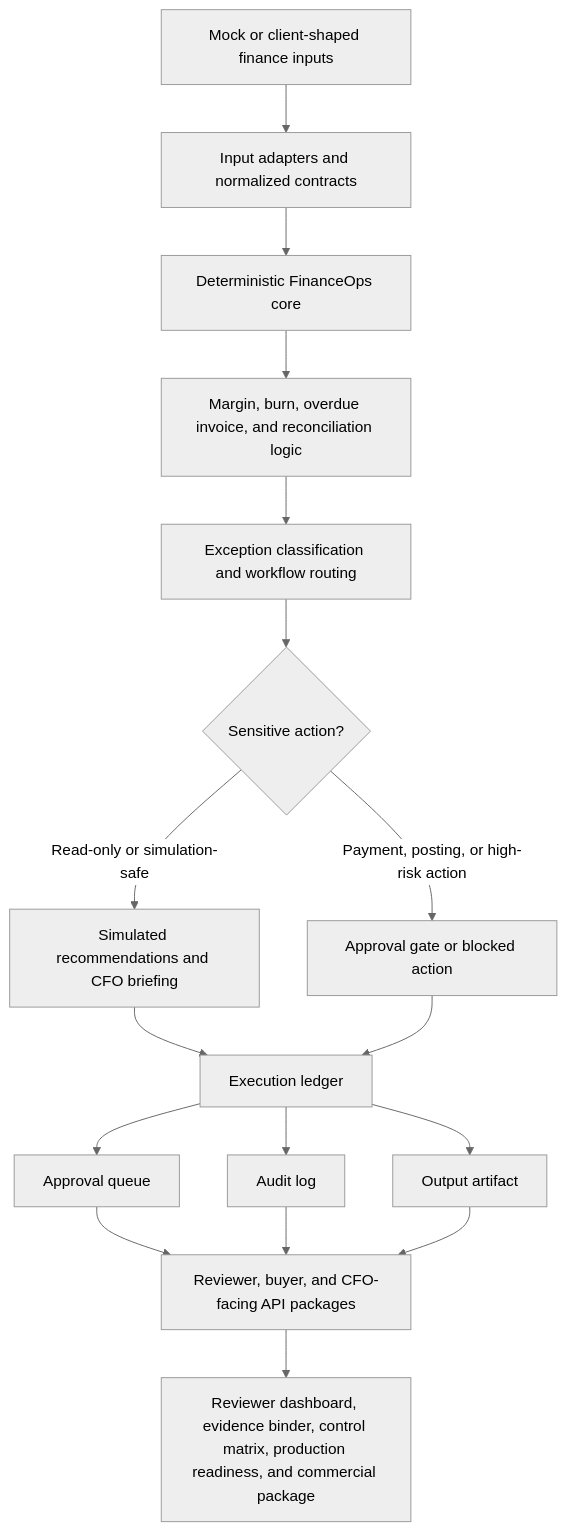
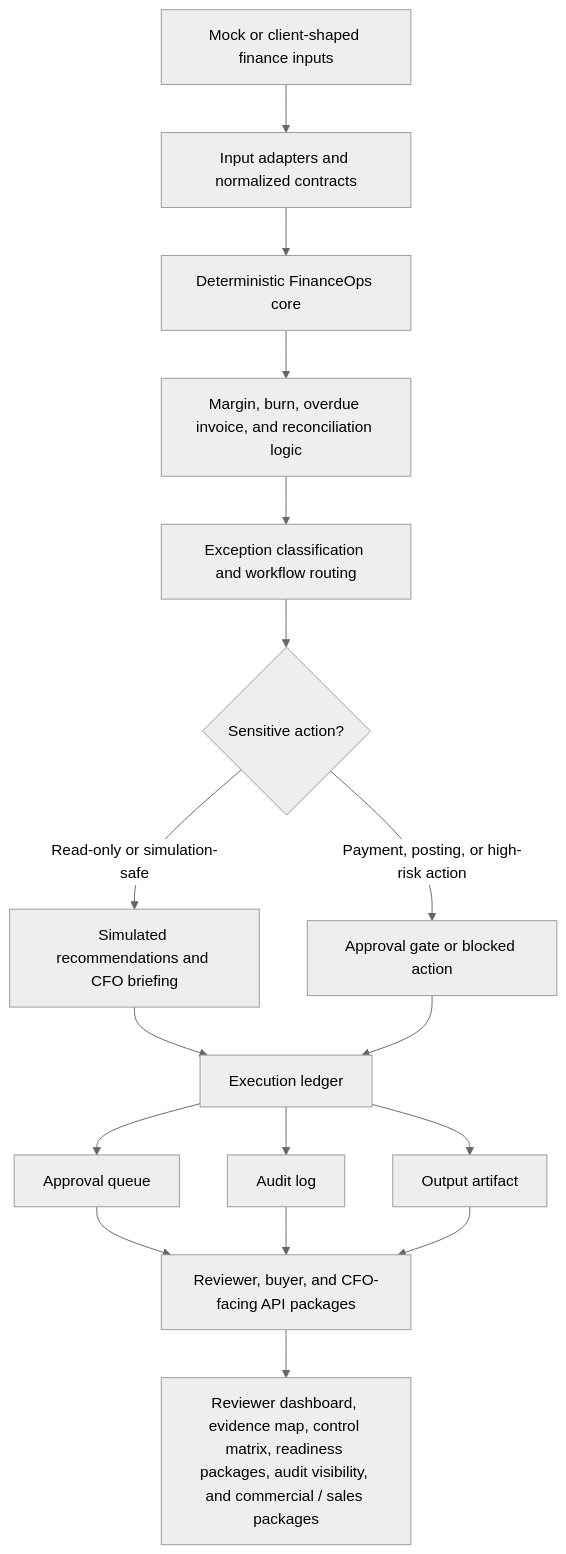
Before and after one commit to yevhenzakharov-cmd/financeops-agent: the diagram in docs/ARCHITECTURE_DIAGRAM.md, drawn with Mermaid (neutral theme). The commit also changed other lines of this file, not shown here.

Commit message:
Update architecture diagram reviewer path

````diff
--- a/docs/ARCHITECTURE_DIAGRAM.md
+++ b/docs/ARCHITECTURE_DIAGRAM.md
@@ -7,25 +7,25 @@
 ```mermaid
 flowchart TD
   A[Mock or client-shaped finance inputs] --> B[Input adapters and normalized contracts]
   B --> C[Deterministic FinanceOps core]
 
   C --> D[Margin, burn, overdue invoice, and reconciliation logic]
   D --> E[Exception classification and workflow routing]
 
   E --> F{Sensitive action?}
   F -->|Read-only or simulation-safe| G[Simulated recommendations and CFO briefing]
   F -->|Payment, posting, or high-risk action| H[Approval gate or blocked action]
 
   G --> I[Execution ledger]
   H --> I
 
   I --> J[Approval queue]
   I --> K[Audit log]
   I --> L[Output artifact]
 
   J --> M[Reviewer, buyer, and CFO-facing API packages]
   K --> M
   L --> M
 
-  M --> N[Reviewer dashboard, evidence binder, control matrix, production readiness, and commercial package]
+  M --> N[Reviewer dashboard, evidence map, control matrix, readiness packages, audit visibility, and commercial / sales packages]
 ```
````
